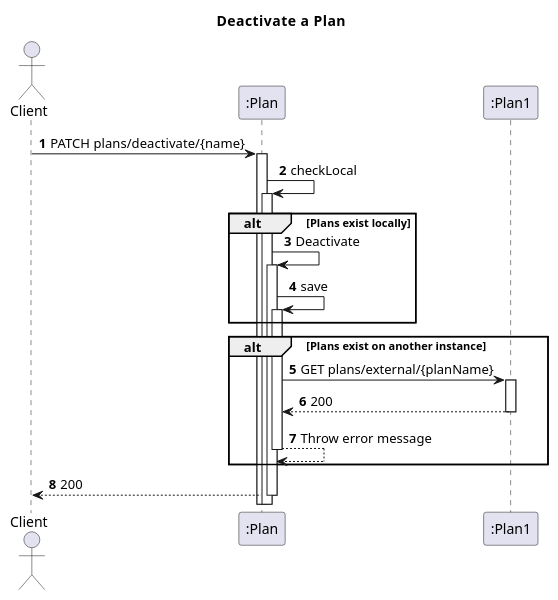
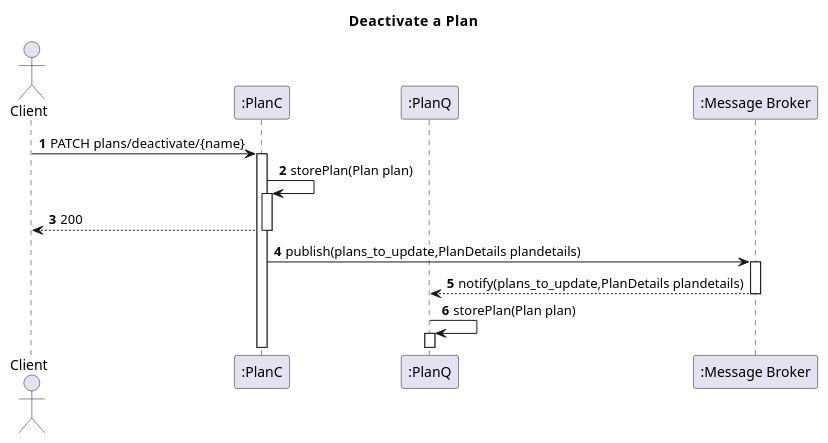
Before and after one commit to IsepMartimOliveira/SIDIS: the diagram in docs_sidis/Segunda_Avalição/Plans/Vista_Logica/N2/N2_Deactivate_Plan.puml, drawn with PlantUML. The commit also changed 6 other files, not shown here.

```diff
--- a/docs_sidis/Segunda_Avalição/Plans/Vista_Logica/N2/N2_Deactivate_Plan.puml
+++ b/docs_sidis/Segunda_Avalição/Plans/Vista_Logica/N2/N2_Deactivate_Plan.puml
@@ -1,37 +1,36 @@
 @startuml
 'https://plantuml.com/sequence-diagram
 autoactivate on
 autonumber
 title  Deactivate  a  Plan
 
 autonumber
 
+
 actor "Client" as Ac
-participant ":Plan" as Auth
-participant ":Plan1" as Serv
+participant ":PlanC" as Auth
+participant ":PlanQ" as Serv
+
+participant ":Message Broker" as Broker
 
 
 Ac->Auth:PATCH plans/deactivate/{name}
-Auth->Auth:checkLocal
+Auth->Auth:storePlan(Plan plan)
+Auth-->Ac:200
+Auth->Broker: publish(plans_to_update,PlanDetails plandetails)
+Broker-->Serv:notify(plans_to_update,PlanDetails plandetails)
+Serv->Serv:storePlan(Plan plan)
 
-alt Plans exist locally
-Auth->Auth:Deactivate
-Auth->Auth:save
-end
-alt Plans exist on another instance
-Auth->Serv: GET plans/external/{planName}
-Serv-->Auth:200
-Auth-->Auth:Throw error message
 
-end
-Auth-->Ac:200
+
+
 
 
 
 
 
 
 
 
 
 @enduml
```
